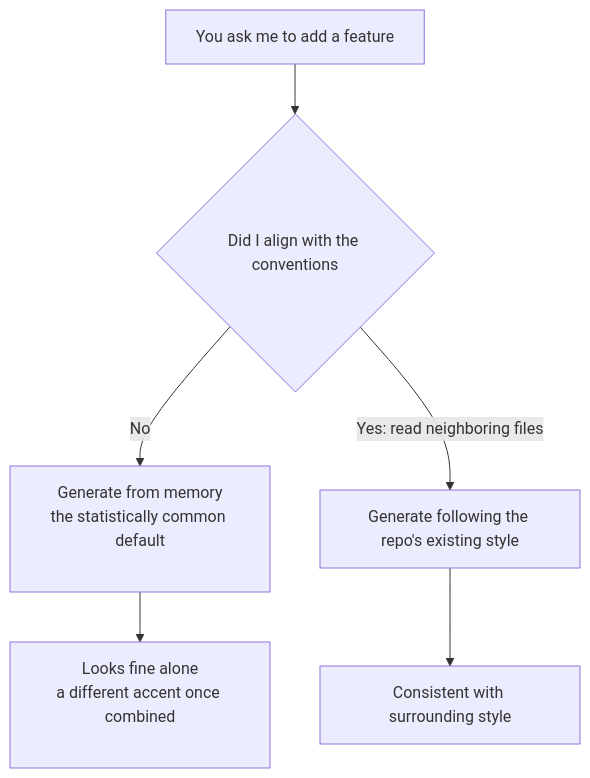
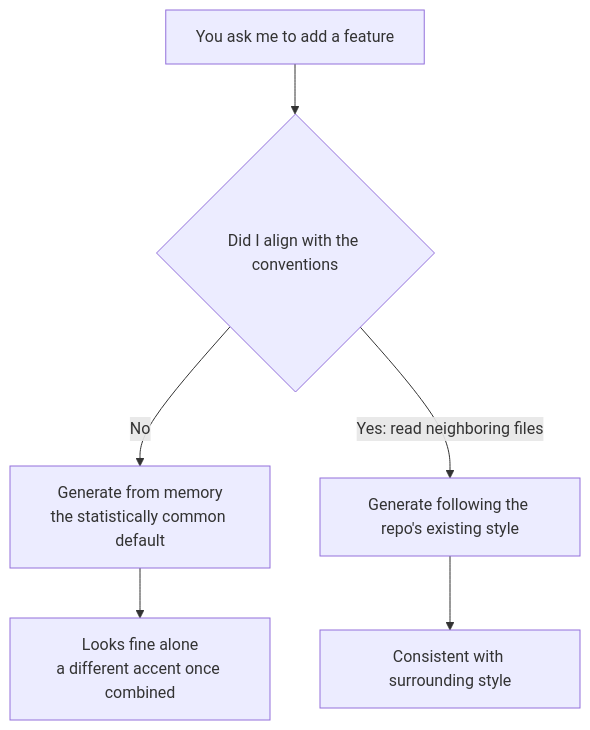
The diagram in i18n/en/docusaurus-plugin-content-docs/current/04-detailed-design/style-drift.mdx (XuebinMa/AIWiki), drawn with Mermaid before and after one commit. The commit also changed 99 other files, not shown here.

First line of the commit message:
fix(mermaid): 全局根治节点文字裁切（htmlLabels:false + 清理 br/nbsp 占位）(#26)

````diff
--- a/i18n/en/docusaurus-plugin-content-docs/current/04-detailed-design/style-drift.mdx
+++ b/i18n/en/docusaurus-plugin-content-docs/current/04-detailed-design/style-drift.mdx
@@ -44,8 +44,8 @@
 ```mermaid
 flowchart TD
     A[You ask me to add a feature] --> B{Did I align with the conventions}
-    B -- No --> C[Generate from memory<br/>the statistically common default<br/>&nbsp;]
+    B -- No --> C[Generate from memory<br/>the statistically common default]
     B -- Yes: read neighboring files --> D[Generate following the repo's existing style]
-    C --> E[Looks fine alone<br/>a different accent once combined<br/>&nbsp;]
+    C --> E[Looks fine alone<br/>a different accent once combined]
     D --> F[Consistent with surrounding style]
 ```
````
